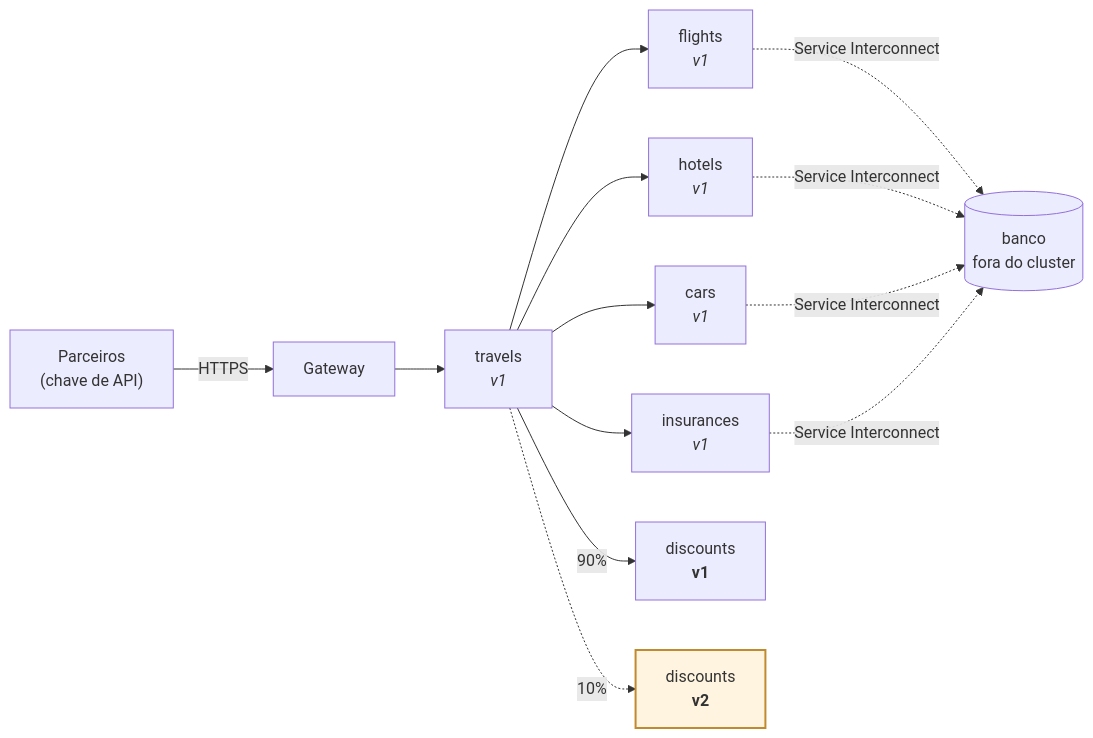
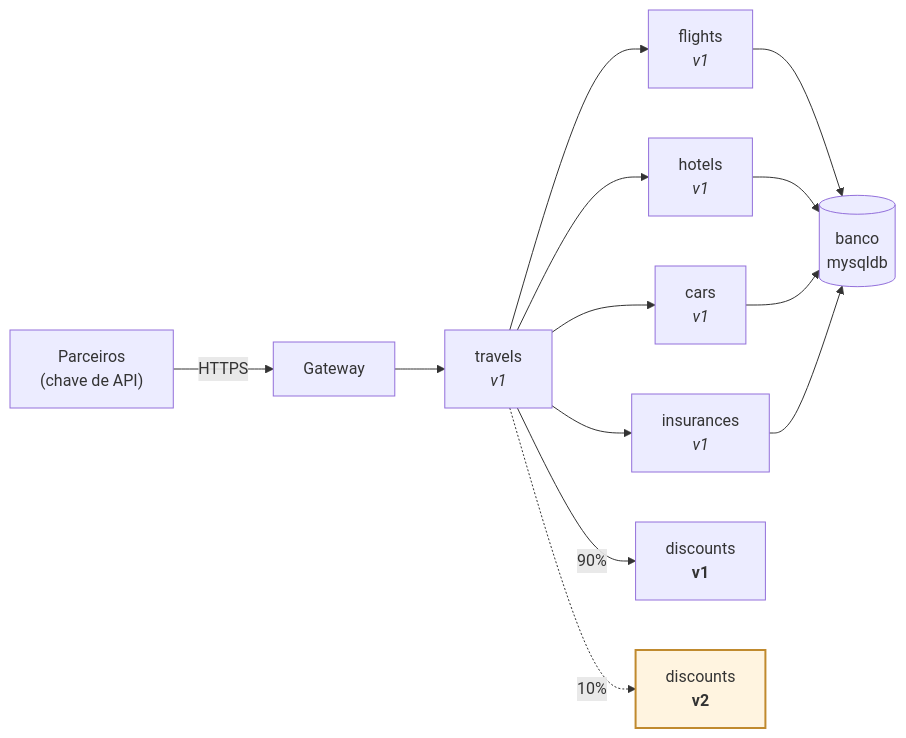
The diagram in content/modules/ROOT/pages/historia.adoc (workshop-tanaka/rhcl-connectivity-workshop), drawn with Mermaid before and after one commit. The commit also changed other lines of this file and 13 other files, not shown here.

```diff
--- a/content/modules/ROOT/pages/historia.adoc
+++ b/content/modules/ROOT/pages/historia.adoc
@@ -17,15 +19,15 @@
 [mermaid]
 ....
 flowchart LR
   P["Parceiros<br/>(chave de API)"] -->|HTTPS| G["Gateway"]
   G --> T["travels<br/><i>v1</i>"]
   T --> F["flights<br/><i>v1</i>"]
   T --> H["hotels<br/><i>v1</i>"]
   T --> C["cars<br/><i>v1</i>"]
   T --> I["insurances<br/><i>v1</i>"]
   T -->|"90%"| D1["discounts<br/><b>v1</b>"]
   T -.->|"10%"| D2["discounts<br/><b>v2</b>"]
-  F & H & C & I -.->|"Service Interconnect"| DB[("banco<br/>fora do cluster")]
+  F & H & C & I --> DB[("banco<br/>mysqldb")]
   classDef versaoNova fill:#fff4e0,stroke:#c08a2e,stroke-width:2px
   class D2 versaoNova
 ....
```
